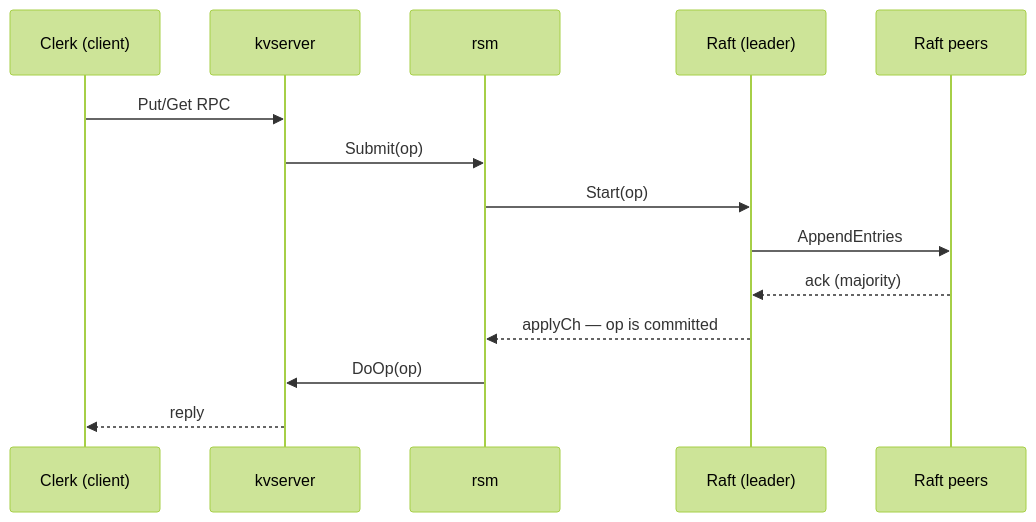
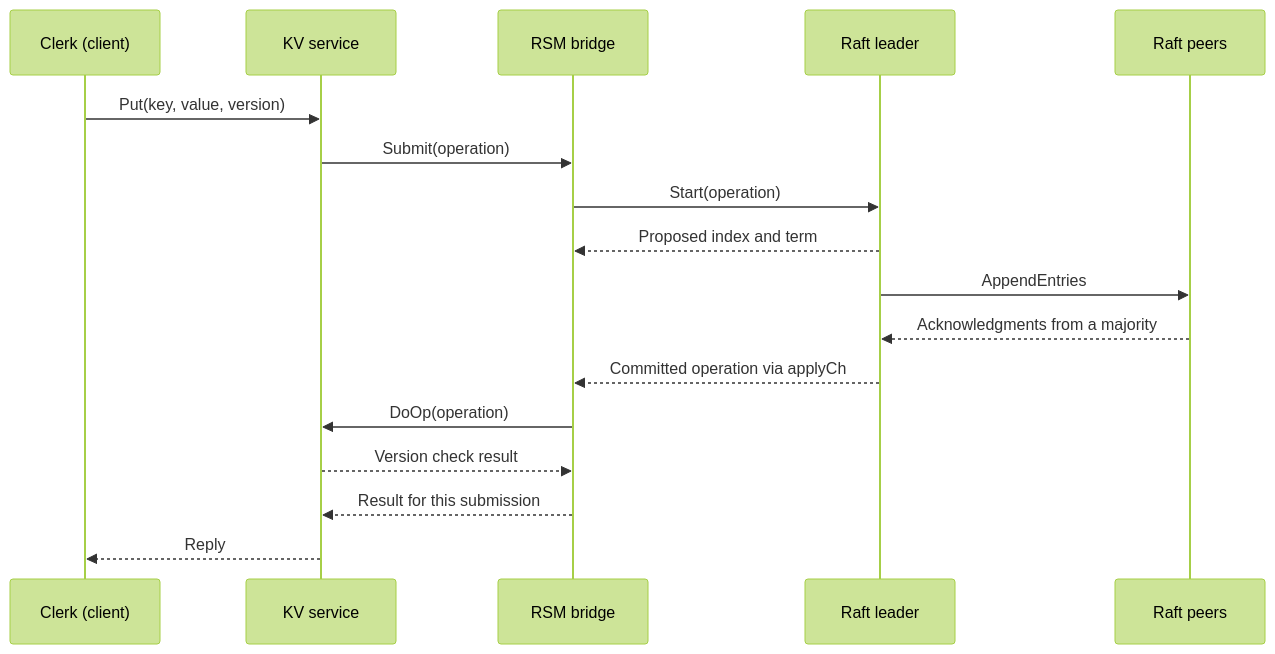
The diagram in README.md (DahalAb1/raft-kv), drawn with Mermaid (forest theme) before and after one commit. The commit also changed other lines of this file and 1 other file, not shown here.

````diff
--- a/README.md
+++ b/README.md
@@ -42,16 +32,19 @@
 ```mermaid
 sequenceDiagram
     participant C as Clerk (client)
-    participant K as kvserver
-    participant R as rsm
-    participant L as Raft (leader)
+    participant K as KV service
+    participant R as RSM bridge
+    participant L as Raft leader
     participant P as Raft peers
-    C->>K: Put/Get RPC
-    K->>R: Submit(op)
-    R->>L: Start(op)
+    C->>K: Put(key, value, version)
+    K->>R: Submit(operation)
+    R->>L: Start(operation)
+    L-->>R: Proposed index and term
     L->>P: AppendEntries
-    P-->>L: ack (majority)
-    L-->>R: applyCh — op is committed
-    R->>K: DoOp(op)
-    K-->>C: reply
+    P-->>L: Acknowledgments from a majority
+    L-->>R: Committed operation via applyCh
+    R->>K: DoOp(operation)
+    K-->>R: Version check result
+    R-->>K: Result for this submission
+    K-->>C: Reply
 ```
````
